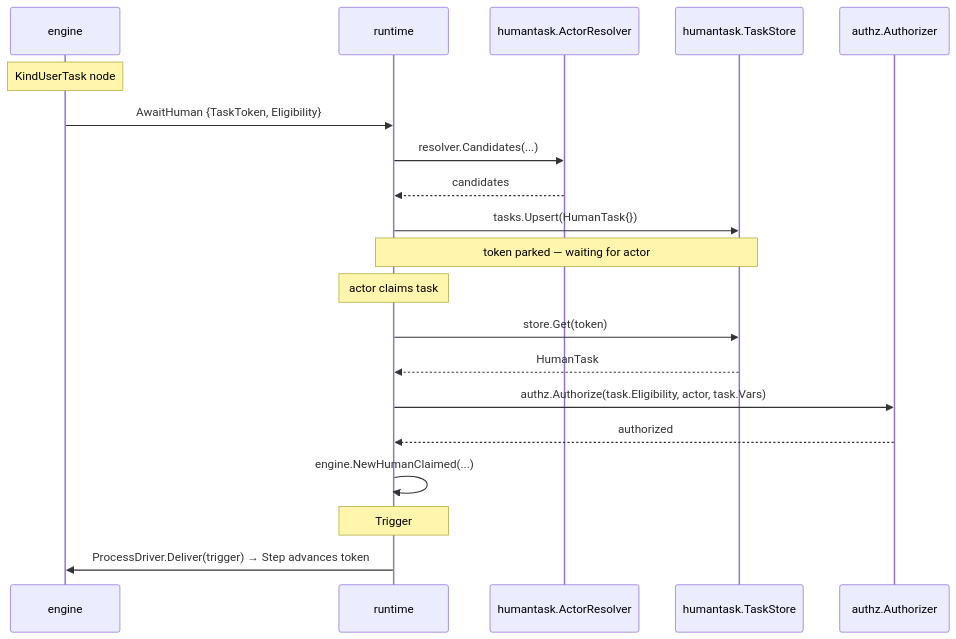
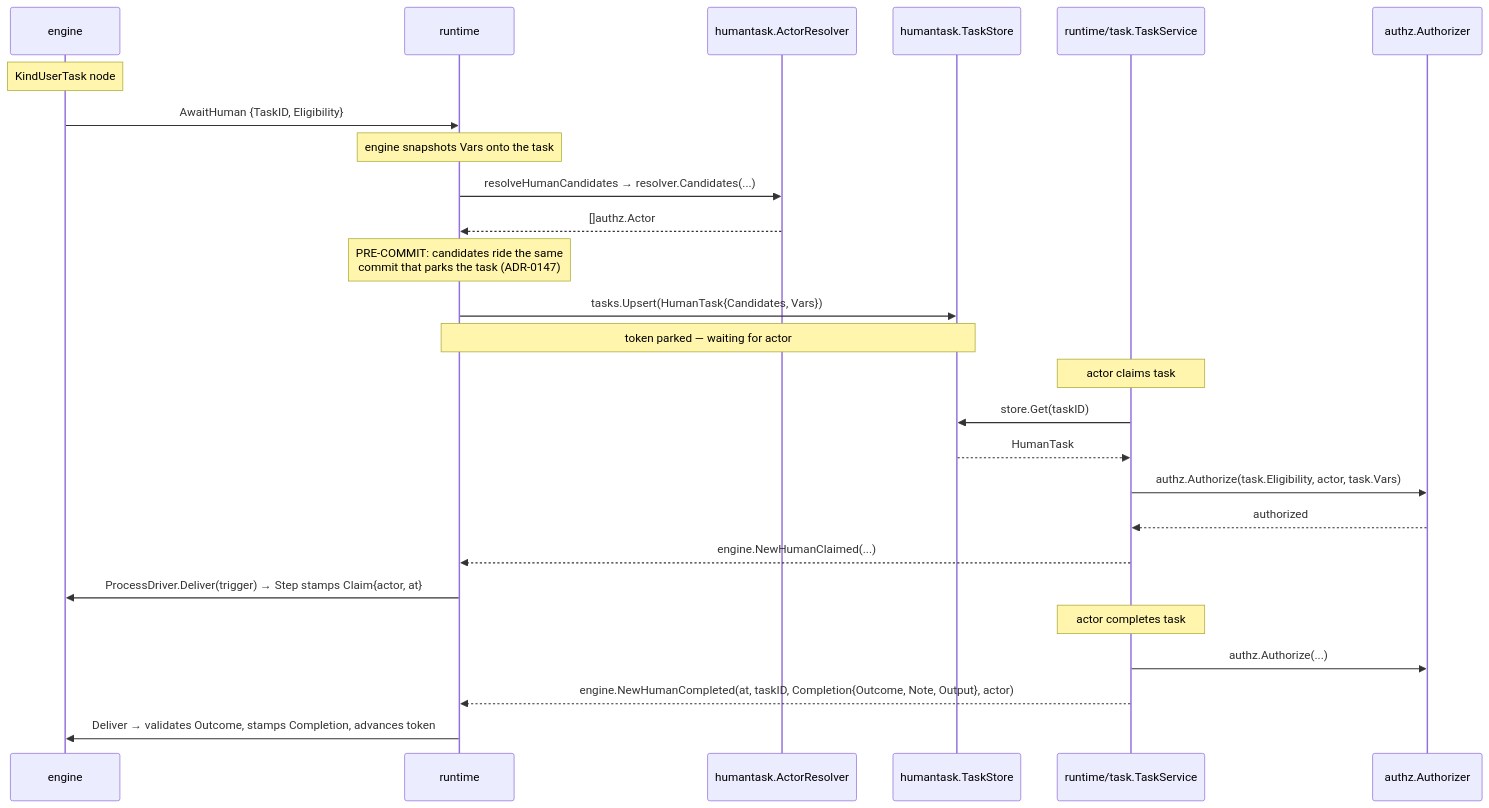
One commit to kartaladev/wrkflw changed the second of 9 diagrams in INTERACTIONS.md. Above: the diagram before and after it, drawn with Mermaid. The commit also changed other lines of this file and 187 other files, not shown here.

First line of the commit message:
feat(engine): ProcessInstance audit view — snake_case wire, visit audit, IDGenerator, human-task audit model (ADR-0144–0151)

````diff
--- a/INTERACTIONS.md
+++ b/INTERACTIONS.md
@@ -87,24 +89,31 @@
 ```mermaid
 sequenceDiagram
     participant E as engine
     participant R as runtime
     participant AR as humantask.ActorResolver
     participant TS as humantask.TaskStore
+    participant TSVC as runtime/task.TaskService
     participant AZ as authz.Authorizer
 
     Note over E: KindUserTask node
-    E->>R: AwaitHuman {TaskToken, Eligibility}
-    R->>AR: resolver.Candidates(...)
-    AR-->>R: candidates
-    R->>TS: tasks.Upsert(HumanTask{})
+    E->>R: AwaitHuman {TaskID, Eligibility}
+    Note over R: engine snapshots Vars onto the task
+    R->>AR: resolveHumanCandidates → resolver.Candidates(...)
+    AR-->>R: []authz.Actor
+    Note over R: PRE-COMMIT: candidates ride the same<br/>commit that parks the task (ADR-0147)
+    R->>TS: tasks.Upsert(HumanTask{Candidates, Vars})
     Note over R,TS: token parked — waiting for actor
 
-    Note over R: actor claims task
-    R->>TS: store.Get(token)
-    TS-->>R: HumanTask
-    R->>AZ: authz.Authorize(task.Eligibility, actor, task.Vars)
-    AZ-->>R: authorized
-    R->>R: engine.NewHumanClaimed(...)
-    Note over R: Trigger
-    R->>E: ProcessDriver.Deliver(trigger) → Step advances token
+    Note over TSVC: actor claims task
+    TSVC->>TS: store.Get(taskID)
+    TS-->>TSVC: HumanTask
+    TSVC->>AZ: authz.Authorize(task.Eligibility, actor, task.Vars)
+    AZ-->>TSVC: authorized
+    TSVC-->>R: engine.NewHumanClaimed(...)
+    R->>E: ProcessDriver.Deliver(trigger) → Step stamps Claim{actor, at}
+
+    Note over TSVC: actor completes task
+    TSVC->>AZ: authz.Authorize(...)
+    TSVC-->>R: engine.NewHumanCompleted(at, taskID, Completion{Outcome, Note, Output}, actor)
+    R->>E: Deliver → validates Outcome, stamps Completion, advances token
 ```
````
